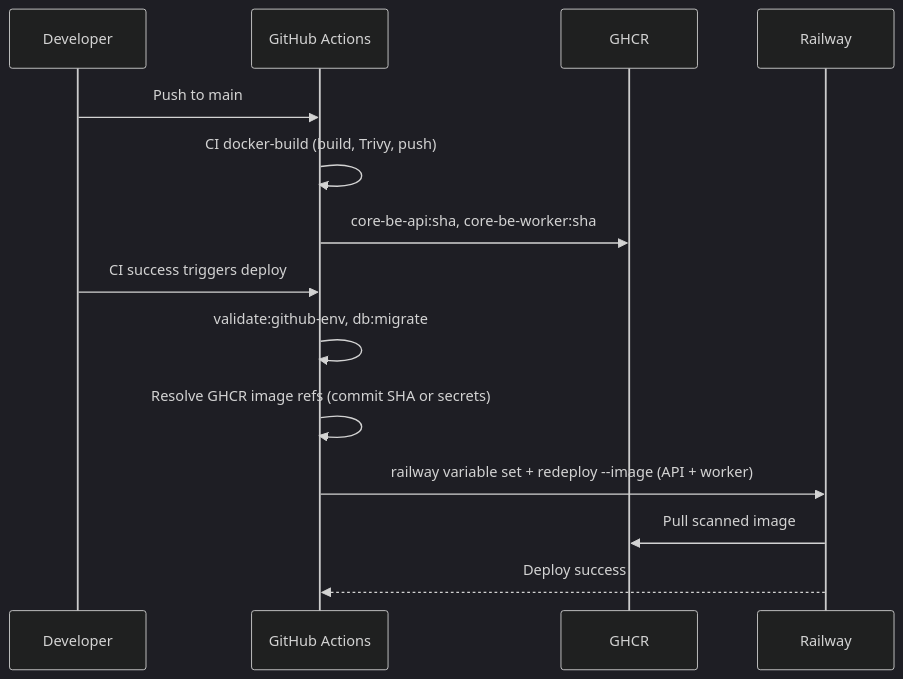
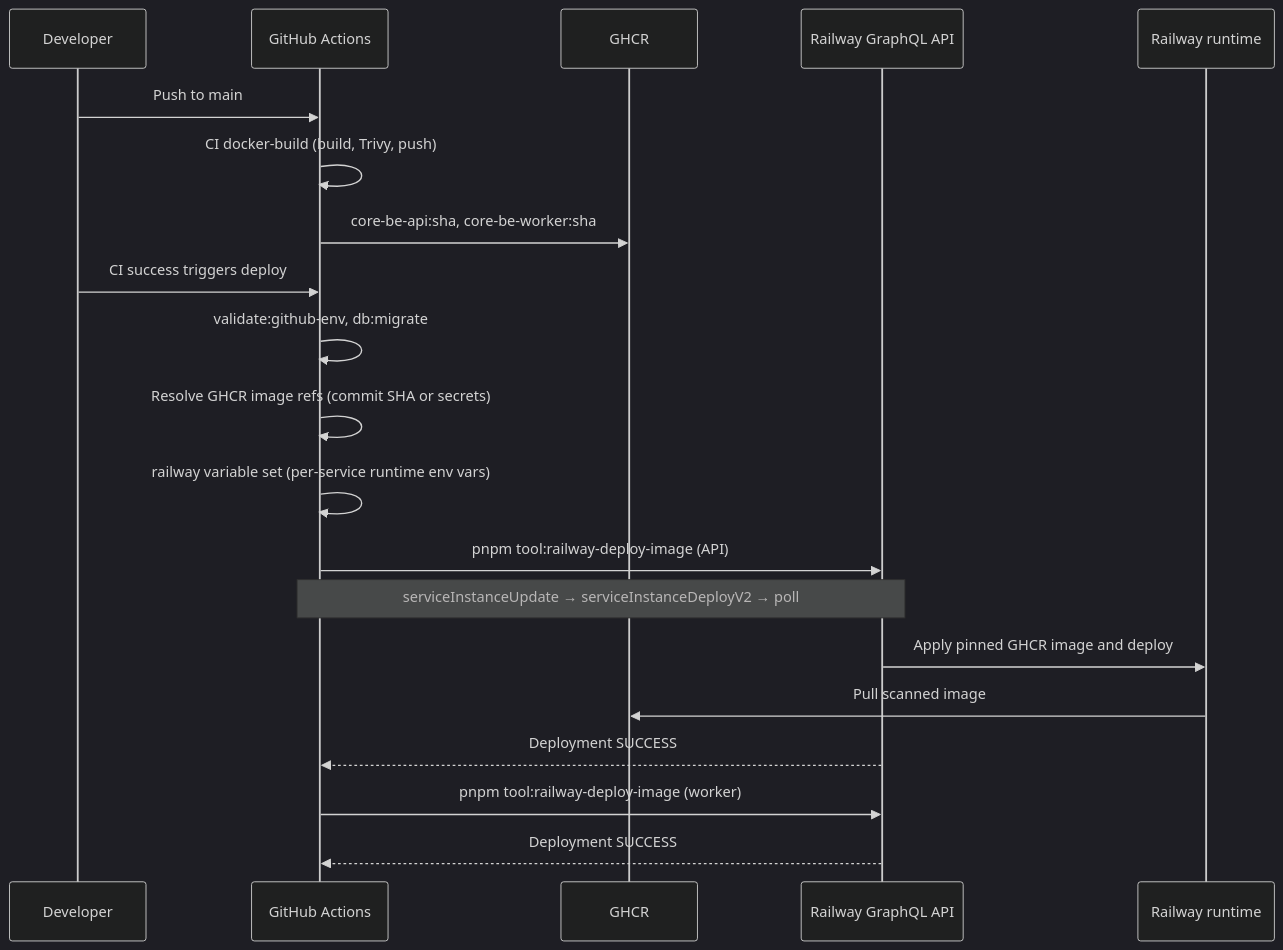
The fourth of 6 diagrams in docs/deployment/ci-cd/cicd-and-deployment.md (nikunjmavani/core-be), drawn with Mermaid (dark theme) before and after one commit. The commit also changed other lines of this file and 1478 other files, not shown here.

````diff
--- a/docs/deployment/ci-cd/cicd-and-deployment.md
+++ b/docs/deployment/ci-cd/cicd-and-deployment.md
@@ -219,17 +260,23 @@
 ```mermaid
 sequenceDiagram
   participant Dev as Developer
   participant GH as GitHub Actions
   participant GHCR as GHCR
-  participant Railway as Railway
+  participant RailwayAPI as Railway GraphQL API
+  participant Railway as Railway runtime
 
   Dev->>GH: Push to main
   GH->>GH: CI docker-build (build, Trivy, push)
   GH->>GHCR: core-be-api:sha, core-be-worker:sha
   Dev->>GH: CI success triggers deploy
   GH->>GH: validate:github-env, db:migrate
   GH->>GH: Resolve GHCR image refs (commit SHA or secrets)
-  GH->>Railway: railway variable set + redeploy --image (API + worker)
+  GH->>GH: railway variable set (per-service runtime env vars)
+  GH->>RailwayAPI: pnpm tool:railway-deploy-image (API)
+  Note over GH,RailwayAPI: serviceInstanceUpdate → serviceInstanceDeployV2 → poll
+  RailwayAPI->>Railway: Apply pinned GHCR image and deploy
   Railway->>GHCR: Pull scanned image
-  Railway-->>GH: Deploy success
+  RailwayAPI-->>GH: Deployment SUCCESS
+  GH->>RailwayAPI: pnpm tool:railway-deploy-image (worker)
+  RailwayAPI-->>GH: Deployment SUCCESS
 ```
````
